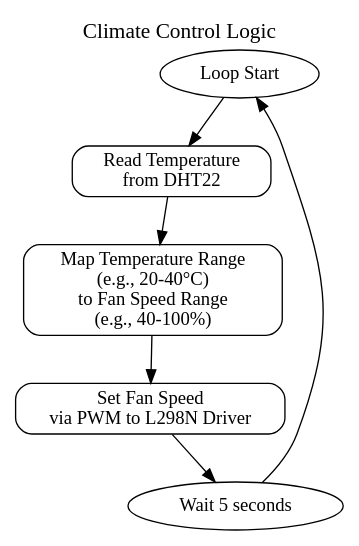
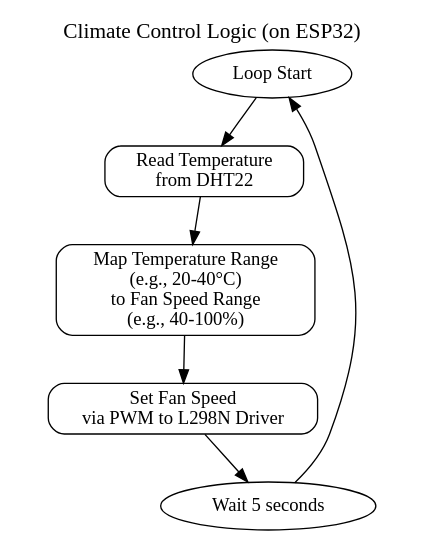
One commit to Brynlai/IOT-Y3S1 changed the second of 3 diagrams in README.md. Above: the diagram before and after it, drawn with Graphviz. The commit also changed other lines of this file, not shown here.

````diff
--- a/README.md
+++ b/README.md
@@ -82,14 +93,14 @@
 ```graphviz
 digraph Climate_Control_Flow {
-    graph [label="Climate Control Logic", labelloc=t, fontsize=16];
+    graph [label="Climate Control Logic (on ESP32)", labelloc=t, fontsize=16];
     node [shape=box, style=rounded];
     
     Start [shape=ellipse, label="Loop Start"];
     ReadTemp [label="Read Temperature\nfrom DHT22"];
     MapSpeed [label="Map Temperature Range\n(e.g., 20-40°C)\nto Fan Speed Range\n(e.g., 40-100%)"];
     SetSpeed [label="Set Fan Speed\nvia PWM to L298N Driver"];
     Wait [shape=ellipse, label="Wait 5 seconds"];
     
     Start -> ReadTemp -> MapSpeed -> SetSpeed -> Wait -> Start;
 }
 ```
````
